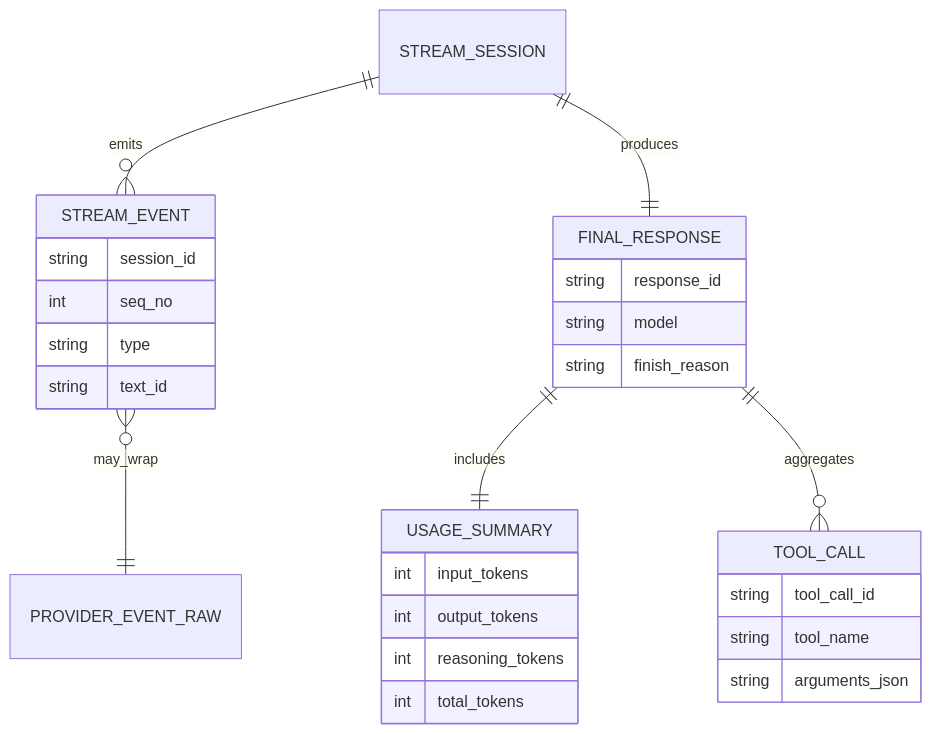
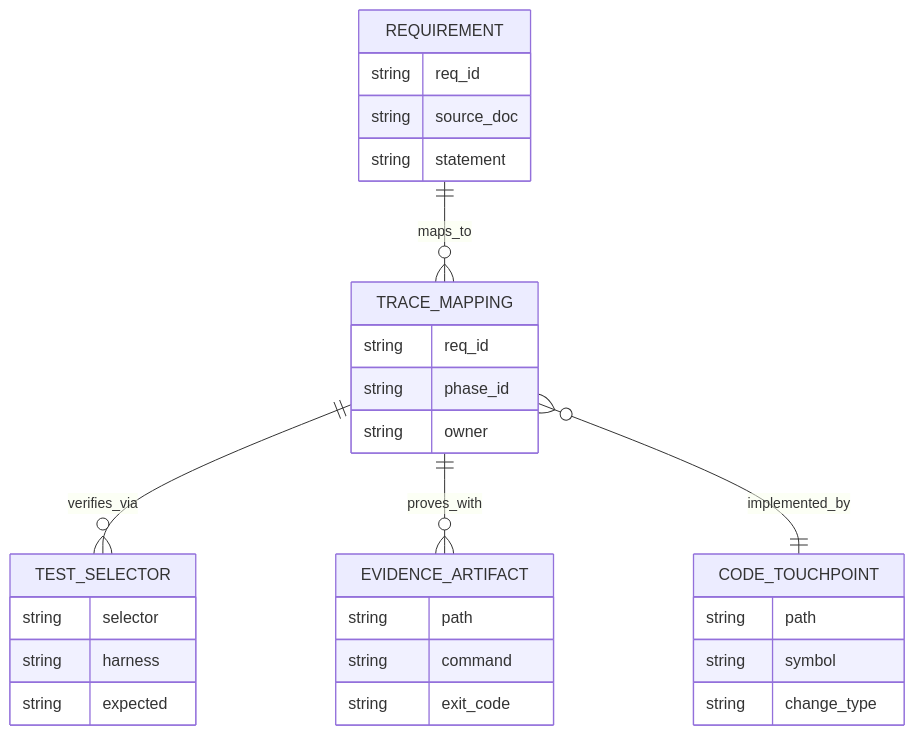
One commit to jaytaylor/attractor-tcl changed the second of 5 diagrams in docs/sprints/SPRINT-005-comprehensive-implementation-plan.md. Above: the diagram before and after it, drawn with Mermaid. The commit also changed other lines of this file, not shown here.

````diff
--- a/docs/sprints/SPRINT-005-comprehensive-implementation-plan.md
+++ b/docs/sprints/SPRINT-005-comprehensive-implementation-plan.md
@@ -835,30 +480,37 @@
 ```mermaid
 erDiagram
-  STREAM_SESSION ||--o{ STREAM_EVENT : emits
-  STREAM_SESSION ||--|| FINAL_RESPONSE : produces
-  FINAL_RESPONSE ||--|| USAGE_SUMMARY : includes
-  FINAL_RESPONSE ||--o{ TOOL_CALL : aggregates
-  STREAM_EVENT }o--|| PROVIDER_EVENT_RAW : may_wrap
-  STREAM_EVENT {
-    string session_id
-    int seq_no
-    string type
-    string text_id
-  }
-  FINAL_RESPONSE {
-    string response_id
-    string model
-    string finish_reason
-  }
-  TOOL_CALL {
-    string tool_call_id
-    string tool_name
-    string arguments_json
-  }
-  USAGE_SUMMARY {
-    int input_tokens
-    int output_tokens
-    int reasoning_tokens
-    int total_tokens
-  }
+    REQUIREMENT ||--o{ TRACE_MAPPING : maps_to
+    TRACE_MAPPING ||--o{ TEST_SELECTOR : verifies_via
+    TRACE_MAPPING ||--o{ EVIDENCE_ARTIFACT : proves_with
+    TRACE_MAPPING }o--|| CODE_TOUCHPOINT : implemented_by
+
+    REQUIREMENT {
+      string req_id
+      string source_doc
+      string statement
+    }
+
+    TRACE_MAPPING {
+      string req_id
+      string phase_id
+      string owner
+    }
+
+    TEST_SELECTOR {
+      string selector
+      string harness
+      string expected
+    }
+
+    EVIDENCE_ARTIFACT {
+      string path
+      string command
+      string exit_code
+    }
+
+    CODE_TOUCHPOINT {
+      string path
+      string symbol
+      string change_type
+    }
 ```
````
